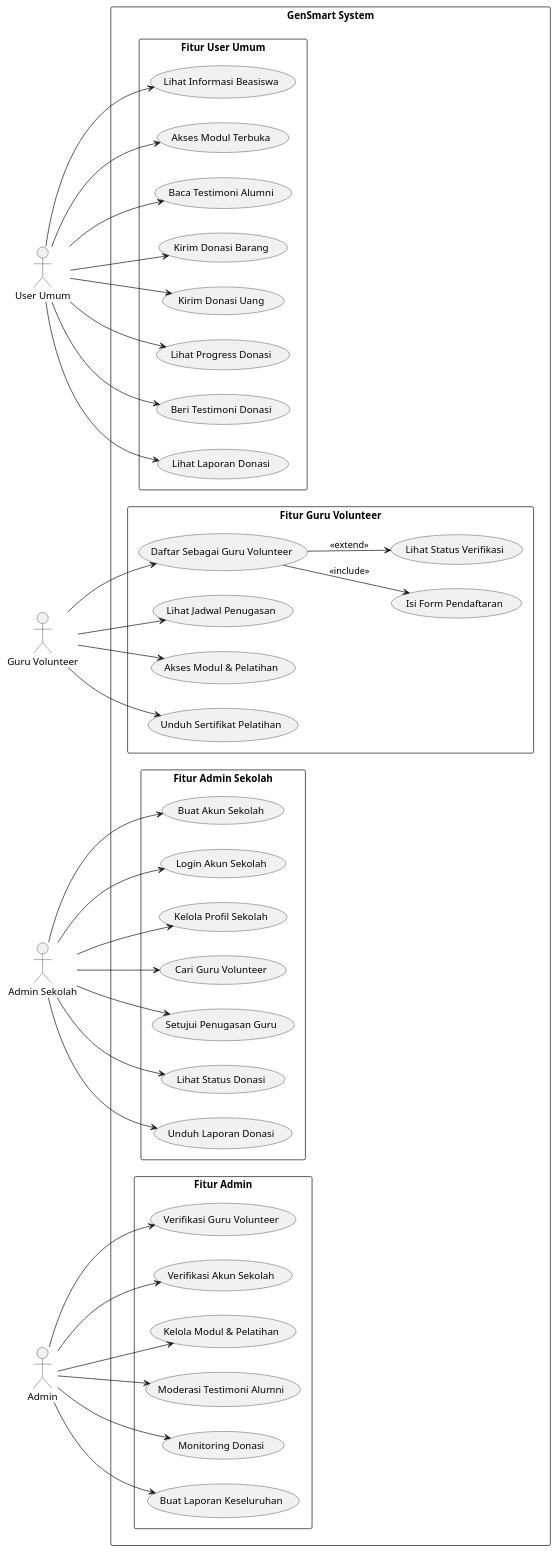
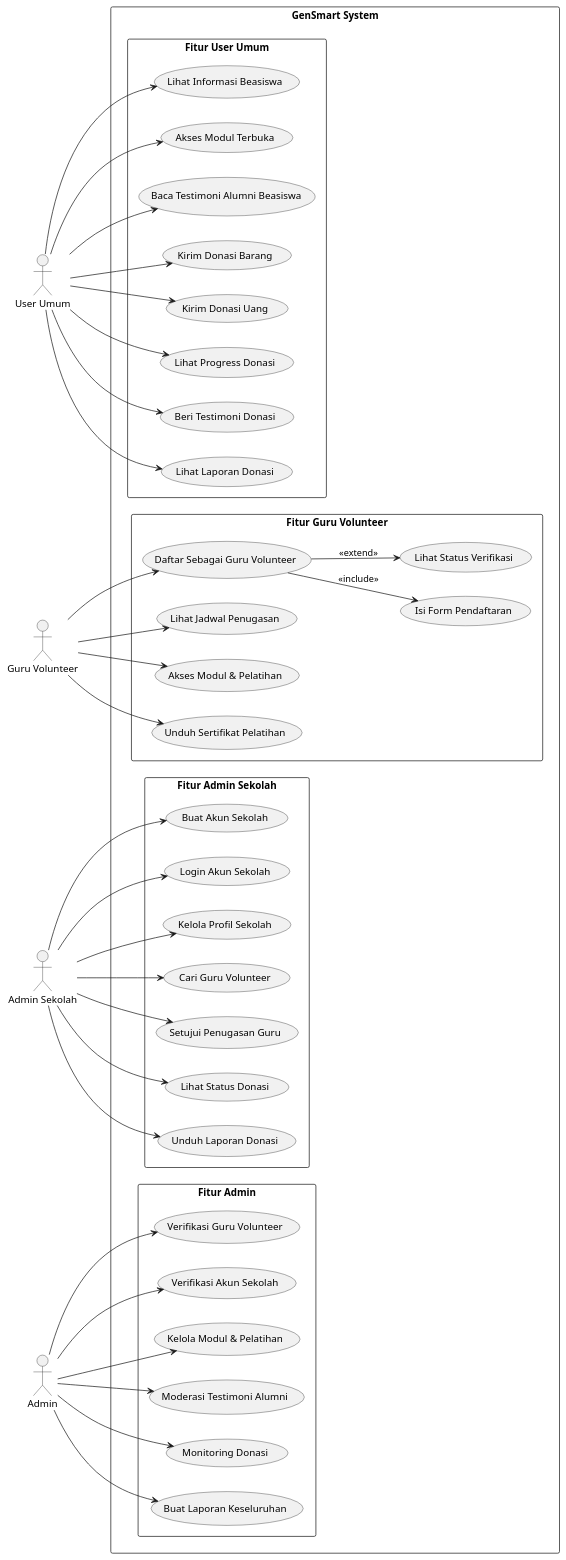
Before and after one commit to wirawanmahardika/gensmart-backend: the diagram in docs/usecase.pu, drawn with PlantUML. The commit also changed 4 other files, not shown here.

```diff
--- a/docs/usecase.pu
+++ b/docs/usecase.pu
@@ -1,87 +1,87 @@
 @startuml "GenSmart System"
 left to right direction
 skinparam packageStyle rectangle
 
 actor "User Umum" as User
 actor "Guru Volunteer" as Volunteer
 actor "Admin Sekolah" as SchoolAdmin
 actor "Admin" as Admin
 
 rectangle "GenSmart System" {
 
   package "Fitur User Umum" {
     usecase UC1 as "Lihat Informasi Beasiswa"
     usecase UC2 as "Akses Modul Terbuka"
-    usecase UC3 as "Baca Testimoni Alumni"
+    usecase UC3 as "Baca Testimoni Alumni Beasiswa"
     usecase UC10 as "Kirim Donasi Barang"
     usecase UC11 as "Kirim Donasi Uang"
     usecase UC12 as "Lihat Progress Donasi"
     usecase UC13 as "Beri Testimoni Donasi"
     usecase UC14 as "Lihat Laporan Donasi"
   }
 
   package "Fitur Guru Volunteer" {
     usecase UC4 as "Daftar Sebagai Guru Volunteer"
     usecase UC5 as "Isi Form Pendaftaran"
     usecase UC6 as "Lihat Status Verifikasi"
     usecase UC7 as "Lihat Jadwal Penugasan"
     usecase UC8 as "Akses Modul & Pelatihan"
     usecase UC9 as "Unduh Sertifikat Pelatihan"
   }
 
   package "Fitur Admin Sekolah" {
     usecase UC15 as "Buat Akun Sekolah"
     usecase UC16 as "Login Akun Sekolah"
     usecase UC17 as "Kelola Profil Sekolah"
     usecase UC18 as "Cari Guru Volunteer"
     usecase UC19 as "Setujui Penugasan Guru"
     usecase UC20 as "Lihat Status Donasi"
     usecase UC21 as "Unduh Laporan Donasi"
   }
 
   package "Fitur Admin" {
     usecase UC22 as "Verifikasi Guru Volunteer"
     usecase UC23 as "Verifikasi Akun Sekolah"
     usecase UC24 as "Kelola Modul & Pelatihan"
     usecase UC25 as "Moderasi Testimoni Alumni"
     usecase UC26 as "Monitoring Donasi"
     usecase UC27 as "Buat Laporan Keseluruhan"
   }
 }
 
 '--- Relasi User Umum ---
 User --> UC1
 User --> UC2
 User --> UC3
 User --> UC10
 User --> UC11
 User --> UC12
 User --> UC13
 User --> UC14
 
 '--- Relasi Guru Volunteer ---
 Volunteer --> UC4
 UC4 --> UC5 : <<include>>
 UC4 --> UC6 : <<extend>>
 Volunteer --> UC7
 Volunteer --> UC8
 Volunteer --> UC9
 
 '--- Relasi Admin Sekolah ---
 SchoolAdmin --> UC15
 SchoolAdmin --> UC16
 SchoolAdmin --> UC17
 SchoolAdmin --> UC18
 SchoolAdmin --> UC19
 SchoolAdmin --> UC20
 SchoolAdmin --> UC21
 
 '--- Relasi Admin ---
 Admin --> UC22
 Admin --> UC23
 Admin --> UC24
 Admin --> UC25
 Admin --> UC26
 Admin --> UC27
 
 @enduml
```
